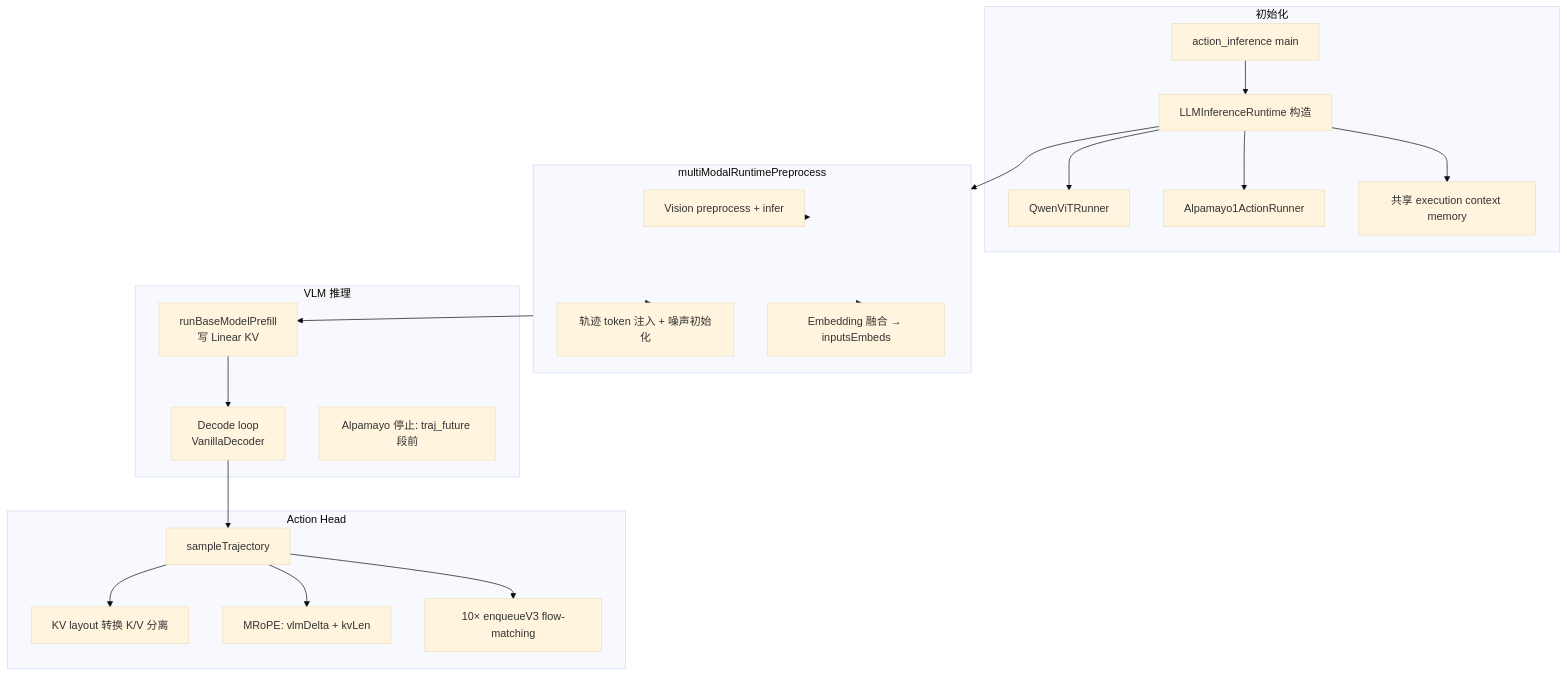
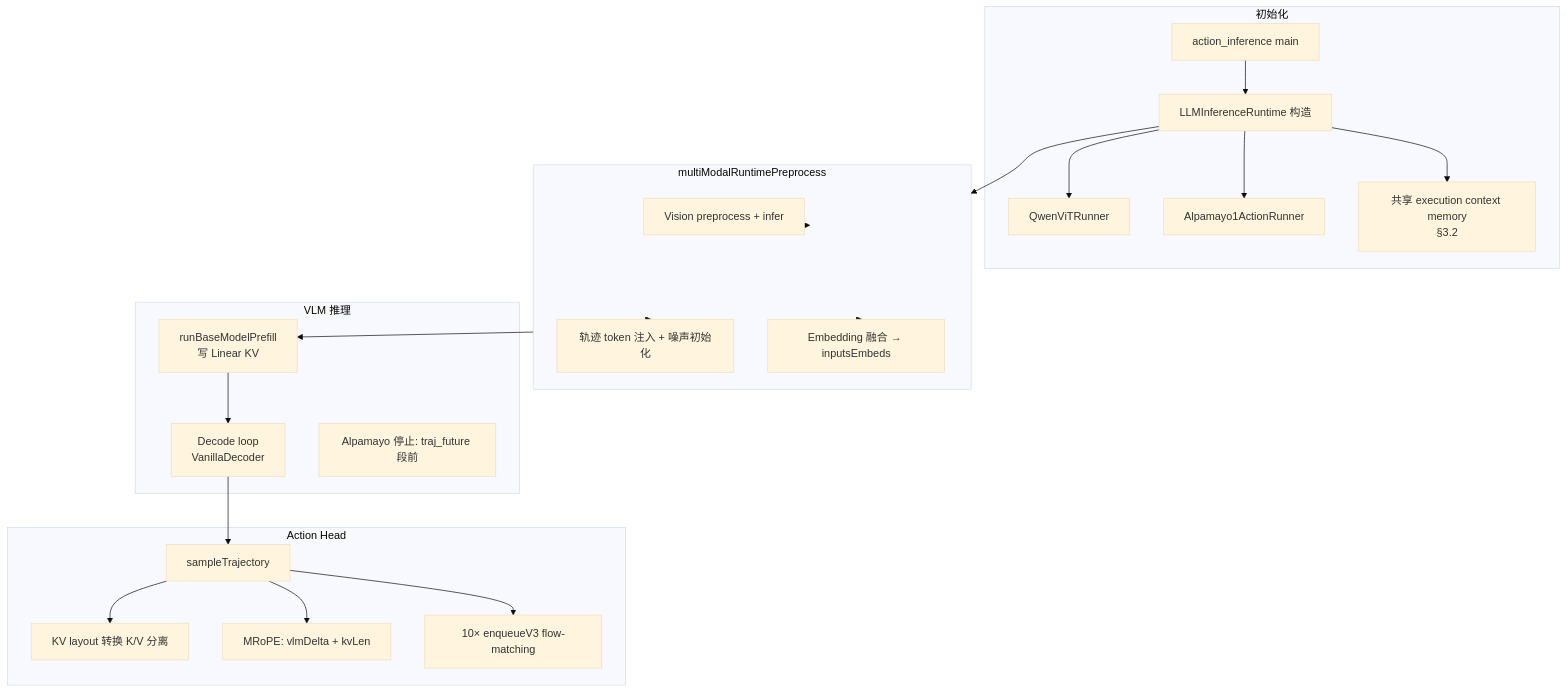
Before and after one commit to happyAnger66-an/Chameleon: the tenth of 11 diagrams in docs/research/trt-edge-llm.md, drawn with Mermaid (base theme). The commit also changed other lines of this file and 2 other files, not shown here.

````diff
--- a/docs/research/trt-edge-llm.md
+++ b/docs/research/trt-edge-llm.md
@@ -1122,34 +1400,34 @@
 ```mermaid
 flowchart TB
     subgraph init ["初始化"]
         A[action_inference main]
         B[LLMInferenceRuntime 构造]
         B1[QwenViTRunner]
         B2[Alpamayo1ActionRunner]
-        B3[共享 execution context memory]
+        B3[共享 execution context memory<br/>§3.2]
     end
 
     subgraph pre ["multiModalRuntimePreprocess"]
         C1[Vision preprocess + infer]
         C2[轨迹 token 注入 + 噪声初始化]
         C3[Embedding 融合 → inputsEmbeds]
     end
 
     subgraph llm ["VLM 推理"]
         D[runBaseModelPrefill<br/>写 Linear KV]
         E[Decode loop<br/>VanillaDecoder]
         E1[Alpamayo 停止: traj_future 段前]
     end
 
     subgraph act ["Action Head"]
         F[sampleTrajectory]
         F1[KV layout 转换 K/V 分离]
         F2[MRoPE: vlmDelta + kvLen]
         F3[10× enqueueV3 flow-matching]
     end
 
     A --> B --> pre --> D --> E --> F
     B --> B1 & B2 & B3
     pre --> C1 & C2 & C3
     F --> F1 & F2 & F3
 ```
````
